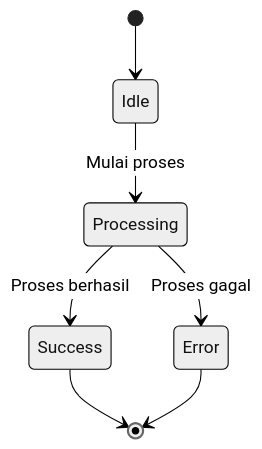
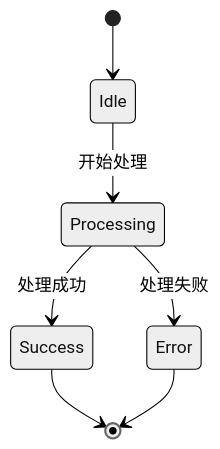
Before and after one commit to zccz14/CZON: the fifth of 7 diagrams in .czon/src/id-ID/8938d6aac9c056c06137a041b8e82379bfb619bb6d435b9ecec515337dd0cd69.md, drawn with Mermaid (neutral theme). The commit also changed other lines of this file and 148 other files, not shown here.

````diff
--- a/.czon/src/id-ID/8938d6aac9c056c06137a041b8e82379bfb619bb6d435b9ecec515337dd0cd69.md
+++ b/.czon/src/id-ID/8938d6aac9c056c06137a041b8e82379bfb619bb6d435b9ecec515337dd0cd69.md
@@ -91,9 +90,9 @@
 ```mermaid
 stateDiagram-v2
     [*] --> Idle
-    Idle --> Processing : Mulai proses
-    Processing --> Success : Proses berhasil
-    Processing --> Error : Proses gagal
+    Idle --> Processing : 开始处理
+    Processing --> Success : 处理成功
+    Processing --> Error : 处理失败
     Success --> [*]
     Error --> [*]
 ```
````
